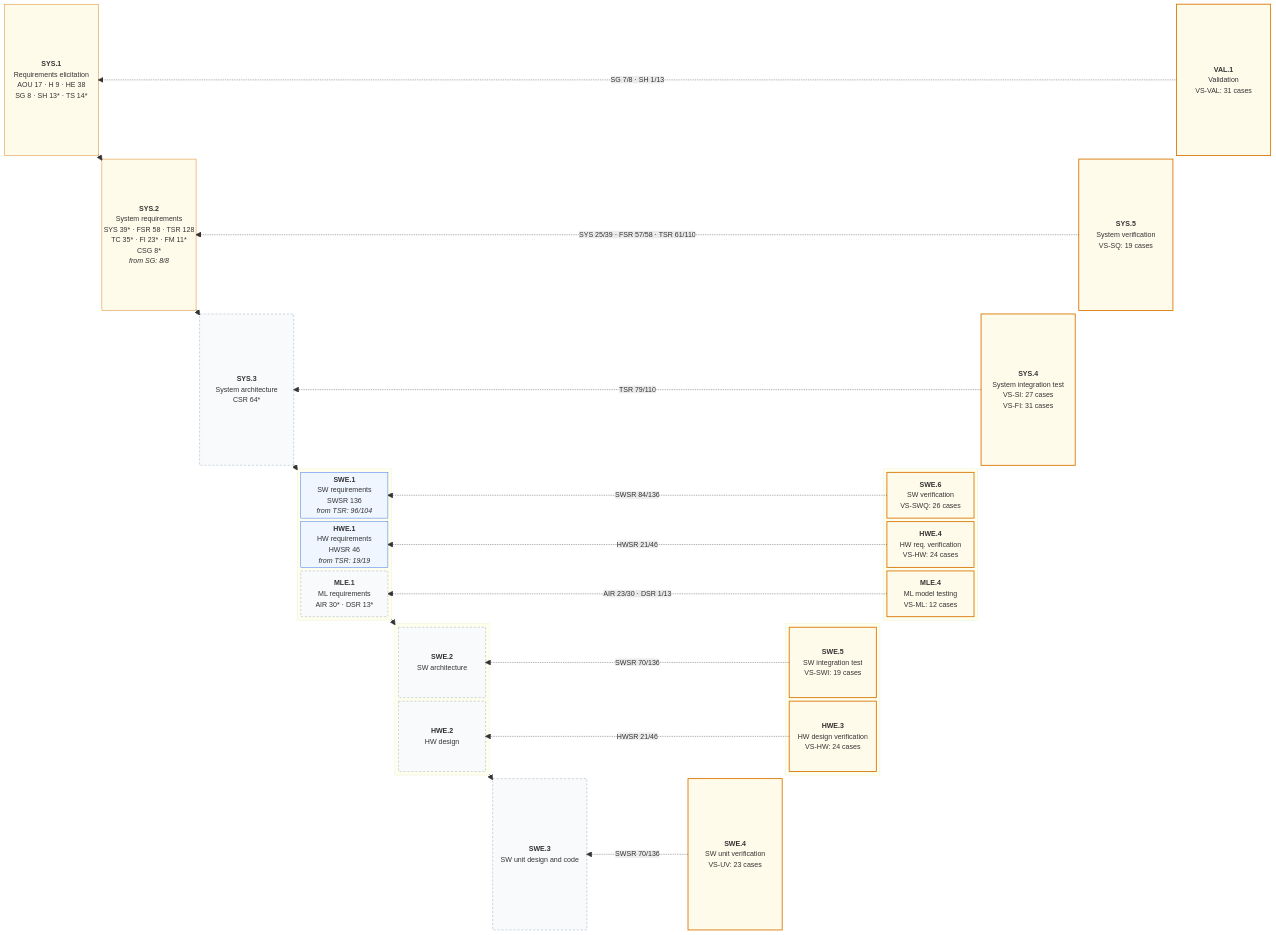
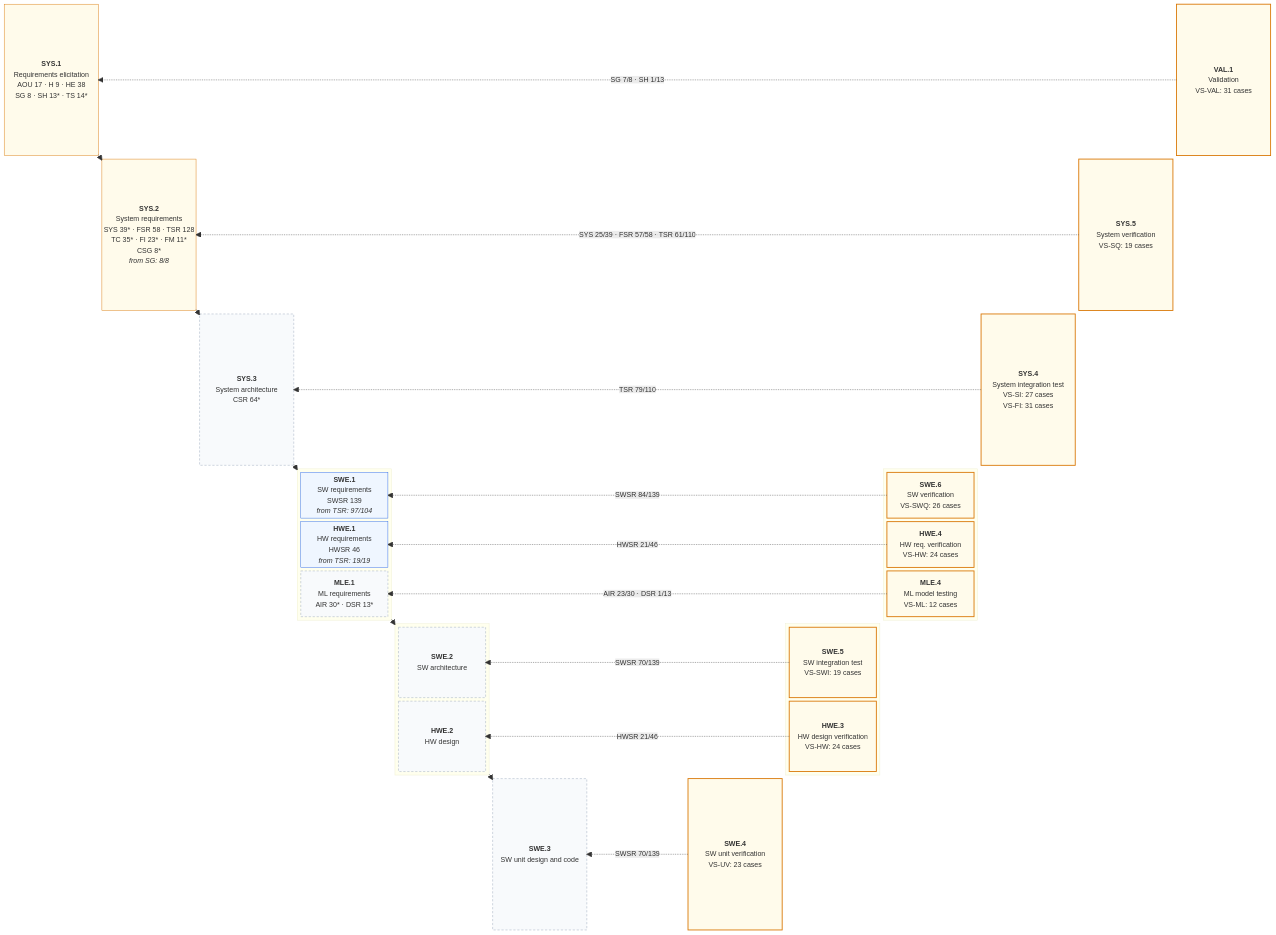
Before and after one commit to jherrodthomas/LionDriver: the first of 2 diagrams in assurance/trace/maps/aspice-trace-map.md, drawn with Mermaid. The commit also changed other lines of this file and 14 other files, not shown here.

```diff
--- a/assurance/trace/maps/aspice-trace-map.md
+++ b/assurance/trace/maps/aspice-trace-map.md
@@ -66,7 +66,7 @@
   space
   block:L3
     columns 1
-    SWE1["<b>SWE.1</b><br/>SW requirements<br/>SWSR 136<br/><i>from TSR: 96/104</i>"]
+    SWE1["<b>SWE.1</b><br/>SW requirements<br/>SWSR 139<br/><i>from TSR: 97/104</i>"]
     HWE1["<b>HWE.1</b><br/>HW requirements<br/>HWSR 46<br/><i>from TSR: 19/19</i>"]
     MLE1["<b>MLE.1</b><br/>ML requirements<br/>AIR 30* · DSR 13*"]
   end
@@ -126,12 +126,12 @@
   VAL1 -. "SG 7/8 · SH 1/13" .-> SYS1
   SYS5 -. "SYS 25/39 · FSR 57/58 · TSR 61/110" .-> SYS2
   SYS4 -. "TSR 79/110" .-> SYS3
-  SWE6 -. "SWSR 84/136" .-> SWE1
+  SWE6 -. "SWSR 84/139" .-> SWE1
   HWE4 -. "HWSR 21/46" .-> HWE1
   MLE4 -. "AIR 23/30 · DSR 1/13" .-> MLE1
-  SWE5 -. "SWSR 70/136" .-> SWE2
+  SWE5 -. "SWSR 70/139" .-> SWE2
   HWE3 -. "HWSR 21/46" .-> HWE2
-  SWE4 -. "SWSR 70/136" .-> SWE3
+  SWE4 -. "SWSR 70/139" .-> SWE3
   style VAL1 fill:#FFFBEB,stroke:#D97706,stroke-width:2px
   style SYS5 fill:#FFFBEB,stroke:#D97706,stroke-width:2px
   style SYS4 fill:#FFFBEB,stroke:#D97706,stroke-width:2px
```
